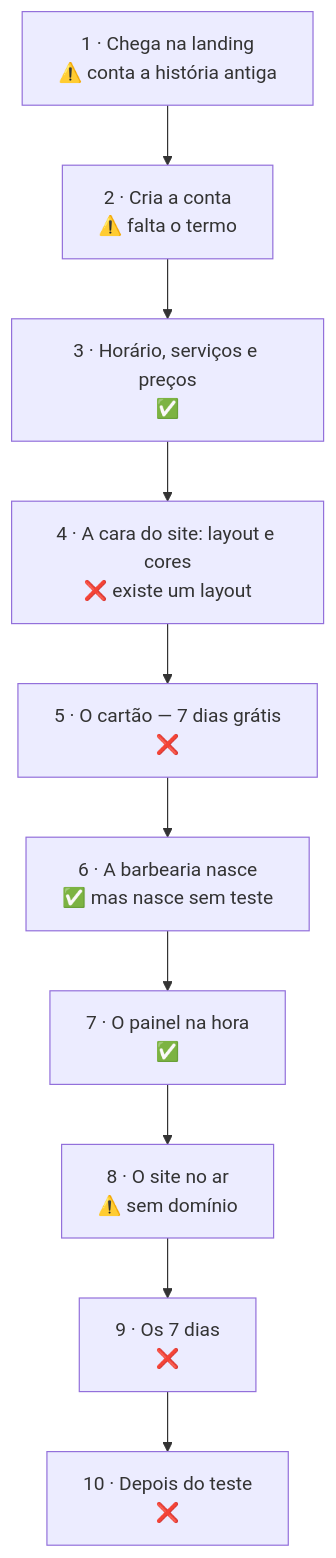
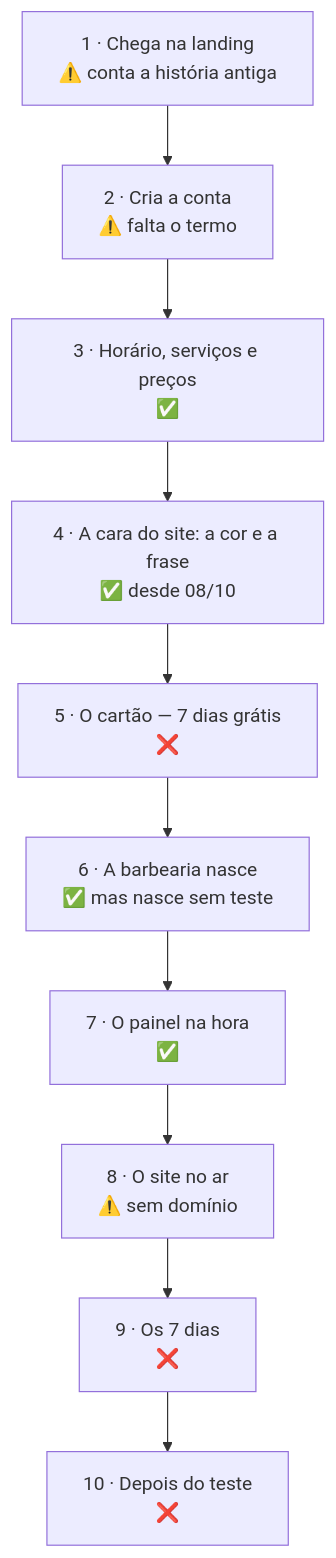
One commit to Alexandfdes/Barbearia changed the diagram in docs/JORNADA-DO-BARBEIRO.md. Above: the diagram before and after it, drawn with Mermaid. The commit also changed other lines of this file and 3 other files, not shown here.

````diff
--- a/docs/JORNADA-DO-BARBEIRO.md
+++ b/docs/JORNADA-DO-BARBEIRO.md
@@ -32,12 +34,12 @@
 ```mermaid
 flowchart TD
     P1["1 · Chega na landing<br/>⚠️ conta a história antiga"] --> P2["2 · Cria a conta<br/>⚠️ falta o termo"]
     P2 --> P3["3 · Horário, serviços e preços<br/>✅"]
-    P3 --> P4["4 · A cara do site: layout e cores<br/>❌ existe um layout"]
+    P3 --> P4["4 · A cara do site: a cor e a frase<br/>✅ desde 08/10"]
     P4 --> P5["5 · O cartão — 7 dias grátis<br/>❌"]
     P5 --> P6["6 · A barbearia nasce<br/>✅ mas nasce sem teste"]
     P6 --> P7["7 · O painel na hora<br/>✅"]
     P7 --> P8["8 · O site no ar<br/>⚠️ sem domínio"]
     P8 --> P9["9 · Os 7 dias<br/>❌"]
     P9 --> P10["10 · Depois do teste<br/>❌"]
 ```
````
